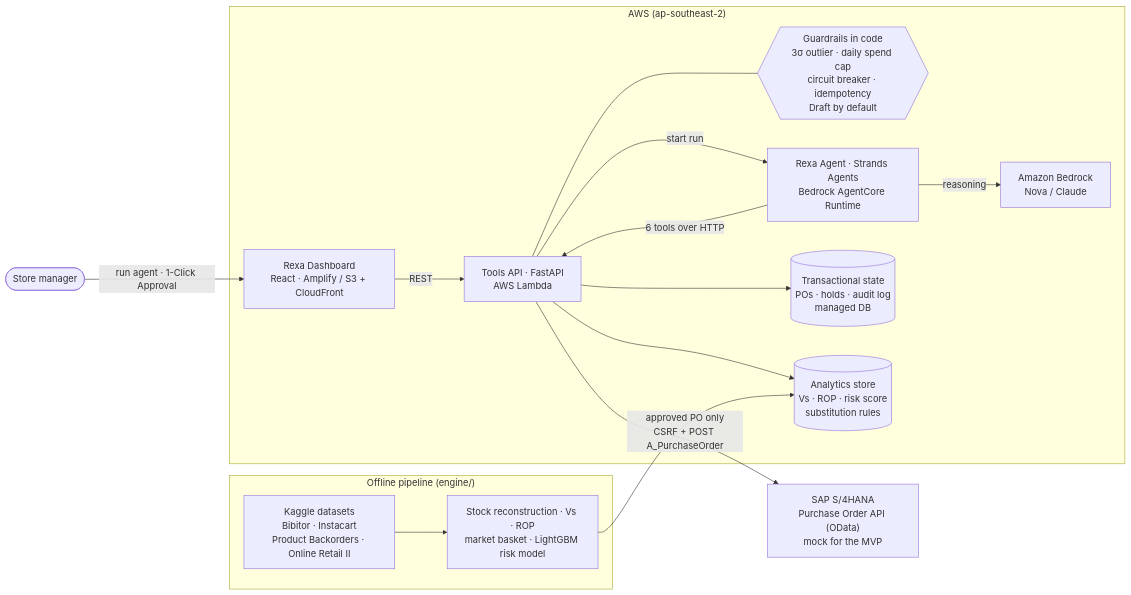
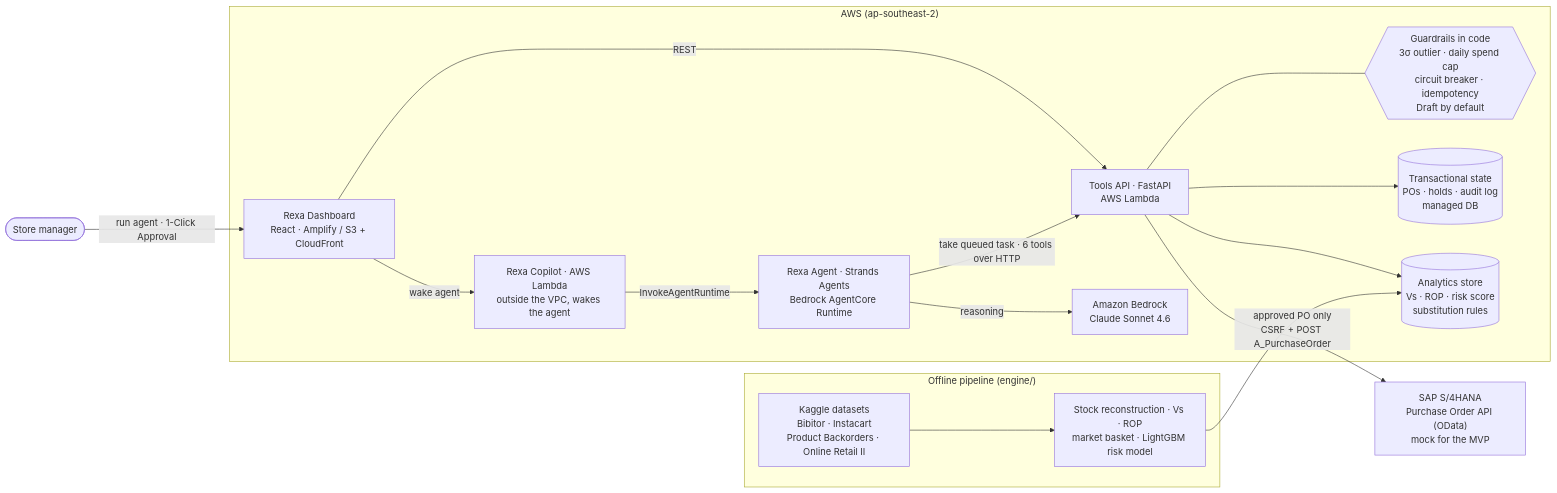
Before and after one commit to rumaisharaghibsrg/ChibiRex: the first of 2 diagrams in docs/arsitektur.md, drawn with Mermaid. The commit also changed other lines of this file and 24 other files, not shown here.

Commit message:
Agent toko di Amazon Bedrock AgentCore Runtime: tidak butuh laptop, worker laptop jadi cadangan

````diff
--- a/docs/arsitektur.md
+++ b/docs/arsitektur.md
@@ -7,32 +7,34 @@
 ```mermaid
 flowchart LR
     manager(["Store manager"])
 
     subgraph aws["AWS (ap-southeast-2)"]
         dash["Rexa Dashboard<br/>React · Amplify / S3 + CloudFront"]
         api["Tools API · FastAPI<br/>AWS Lambda"]
         guard{{"Guardrails in code<br/>3σ outlier · daily spend cap<br/>circuit breaker · idempotency<br/>Draft by default"}}
+        copilot["Rexa Copilot · AWS Lambda<br/>outside the VPC, wakes the agent"]
         agent["Rexa Agent · Strands Agents<br/>Bedrock AgentCore Runtime"]
-        llm["Amazon Bedrock<br/>Nova / Claude"]
+        llm["Amazon Bedrock<br/>Claude Sonnet 4.6"]
         state[("Transactional state<br/>POs · holds · audit log<br/>managed DB")]
         analytics[("Analytics store<br/>Vs · ROP · risk score<br/>substitution rules")]
     end
 
     sap["SAP S/4HANA<br/>Purchase Order API (OData)<br/>mock for the MVP"]
 
     subgraph offline["Offline pipeline (engine/)"]
         data["Kaggle datasets<br/>Bibitor · Instacart<br/>Product Backorders · Online Retail II"]
         engine["Stock reconstruction · Vs · ROP<br/>market basket · LightGBM risk model"]
     end
 
     manager -- "run agent · 1-Click Approval" --> dash
     dash -- "REST" --> api
-    api -- "start run" --> agent
+    dash -- "wake agent" --> copilot
+    copilot -- "InvokeAgentRuntime" --> agent
     agent -- "reasoning" --> llm
-    agent -- "6 tools over HTTP" --> api
+    agent -- "take queued task · 6 tools over HTTP" --> api
     api --- guard
     api --> state
     api --> analytics
     api -- "approved PO only<br/>CSRF + POST A_PurchaseOrder" --> sap
     data --> engine --> analytics
 ```
````
